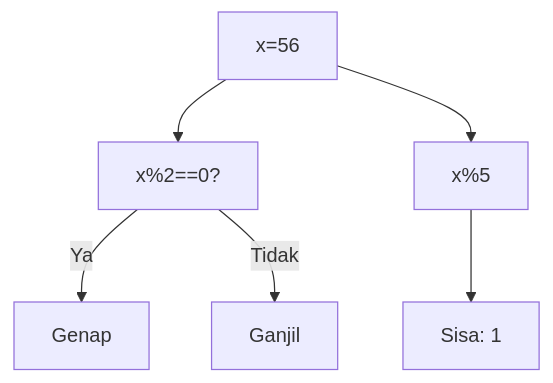
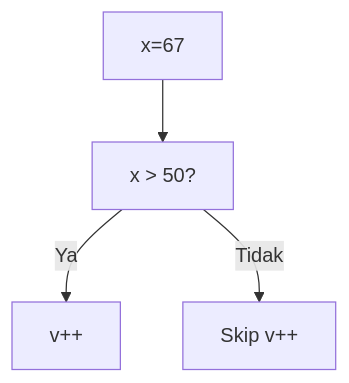
The seventh of 25 diagrams in part-c-pemahaman-cpp/02-percabangan/latihan/set-08.md (amnahwaida/OSNK_INF_PREP), drawn with Mermaid before and after one commit. The commit also changed other lines of this file and 71 other files, not shown here.

````diff
--- a/part-c-pemahaman-cpp/02-percabangan/latihan/set-08.md
+++ b/part-c-pemahaman-cpp/02-percabangan/latihan/set-08.md
@@ -316,8 +190,6 @@
 ```mermaid
 graph TD
-A["x=56"] --> B["x%2==0?"]
-B -- Ya --> C["Genap"]
-B -- Tidak --> D["Ganjil"]
-A --> E["x%5"]
-E --> F["Sisa: 1"]
+A["x=67"] --> B["x > 50?"]
+B -- Ya --> C["v++"]
+B -- Tidak --> D["Skip v++"]
 ```
````
